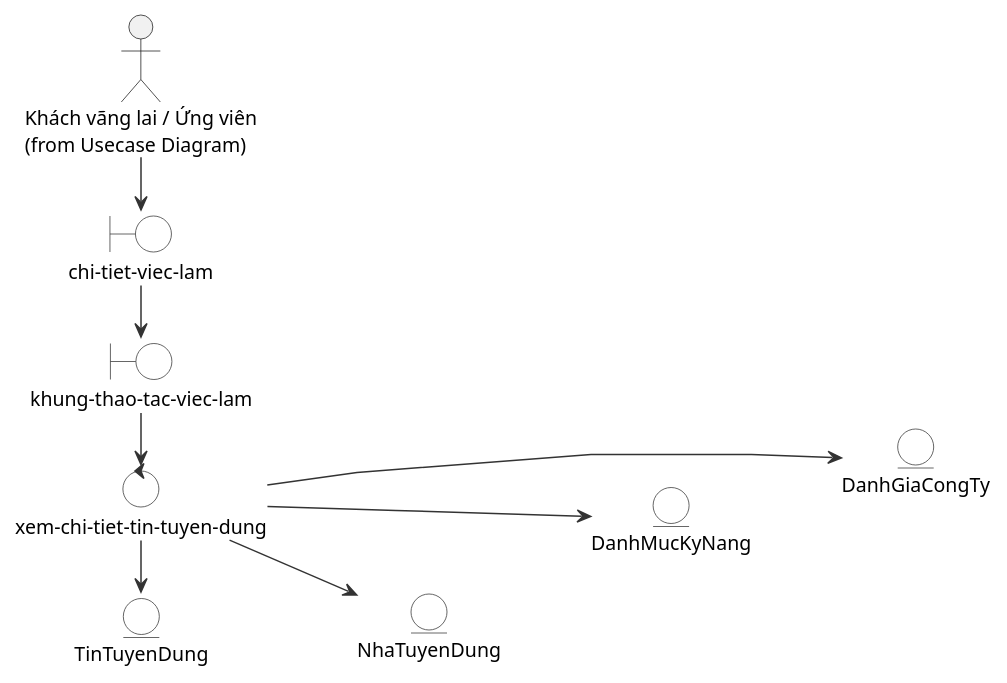
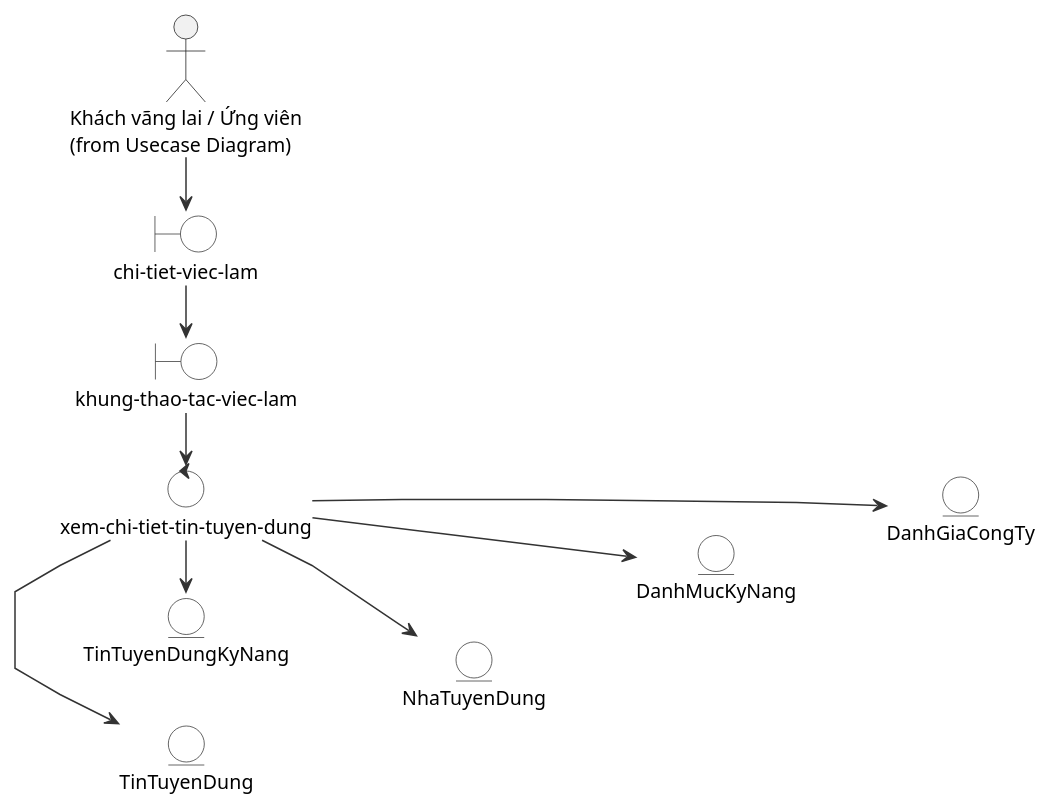
Before and after one commit to hole-six/DoAn: the diagram in docs/so-do/04-robustness/05-robustness-xem-chi-tiet-tin-tuyen-dung.puml, drawn with PlantUML. The commit also changed 66 other files, not shown here.

```diff
--- a/docs/so-do/04-robustness/05-robustness-xem-chi-tiet-tin-tuyen-dung.puml
+++ b/docs/so-do/04-robustness/05-robustness-xem-chi-tiet-tin-tuyen-dung.puml
@@ -1,46 +1,48 @@
 @startuml
 skinparam defaultFontName "Segoe UI"
 skinparam defaultFontSize 13
 skinparam shadowing false
 skinparam linetype polyline
 left to right direction
 skinparam actorStyle stick
 skinparam roundcorner 8
 skinparam ArrowColor #333333
 skinparam rectangleBorderColor #333333
 skinparam boundary {
   BackgroundColor White
   BorderColor #333333
 }
 skinparam control {
   BackgroundColor White
   BorderColor #333333
 }
 skinparam entity {
   BackgroundColor White
   BorderColor #333333
 }
 
 actor "Khách vãng lai / Ứng viên\n(from Usecase Diagram)" as Actor
 boundary "chi-tiet-viec-lam" as UI
 boundary "khung-thao-tac-viec-lam" as Form
 control "xem-chi-tiet-tin-tuyen-dung" as Controller
 
 entity "TinTuyenDung" as MainEntity
 entity "NhaTuyenDung" as E1
 entity "DanhMucKyNang" as E2
 entity "DanhGiaCongTy" as E3
 
 Actor -right-> UI
 UI -right-> Form
 Form -right-> Controller
 
 Controller -right-> MainEntity
 Controller -right-> E1
 Controller -right-> E2
 Controller -right-> E3
 
 MainEntity -down[hidden]-> E1
 E1 -down[hidden]-> E2
 E2 -down[hidden]-> E3
+entity "TinTuyenDungKyNang" as TinTuyenDungKyNang
+Controller -right-> TinTuyenDungKyNang
 @enduml
```
